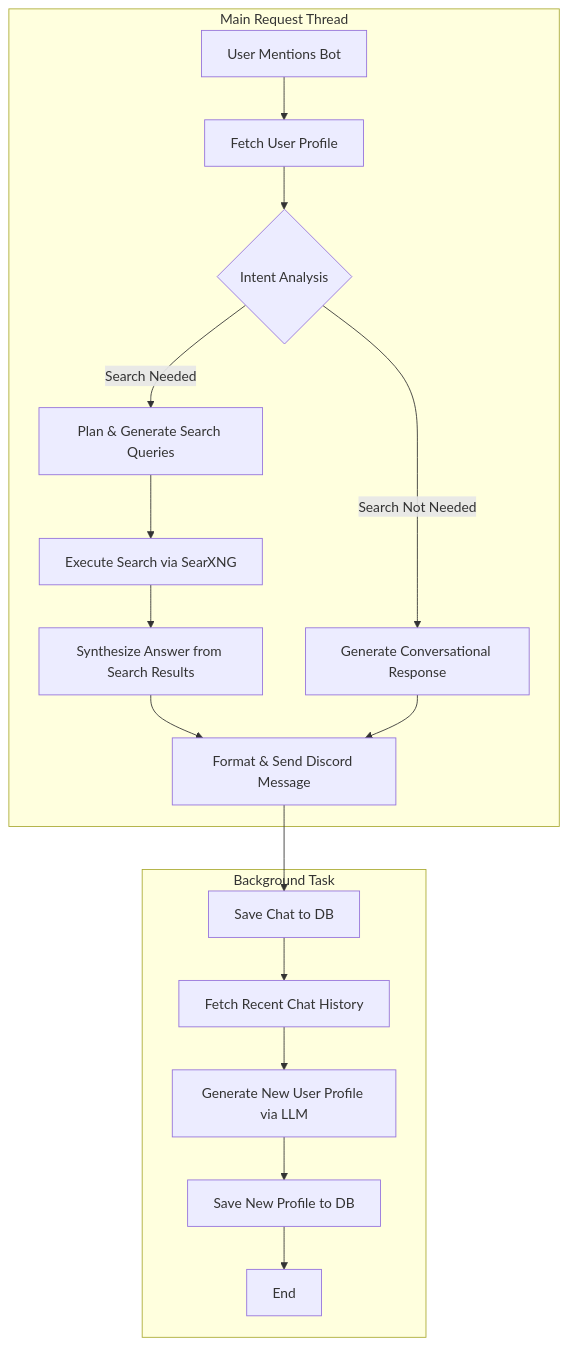
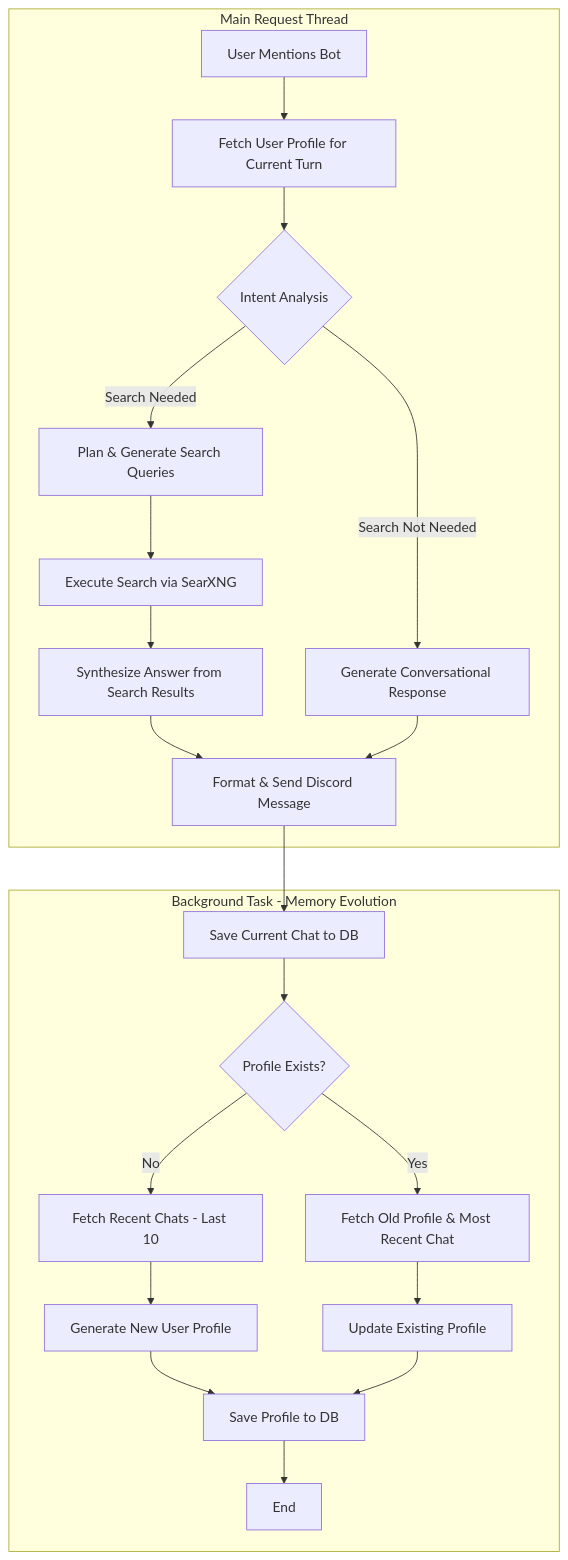
The diagram in README.md (jonahgcarpenter/joney-bot), drawn with Mermaid before and after one commit. The commit also changed other lines of this file, not shown here.

````diff
--- a/README.md
+++ b/README.md
@@ -14,22 +14,26 @@
 ```mermaid
 graph TD
     subgraph Main Request Thread
-        A[User Mentions Bot] --> B[Fetch User Profile];
+        A[User Mentions Bot] --> B[Fetch User Profile for Current Turn];
         B --> C{Intent Analysis};
         C --> |Search Not Needed| D[Generate Conversational Response];
         C --> |Search Needed| E[Plan & Generate Search Queries];
         E --> F[Execute Search via SearXNG];
         F --> G[Synthesize Answer from Search Results];
         G --> H[Format & Send Discord Message];
         D --> H;
     end
 
-    subgraph Background Task
-        I[Save Chat to DB] --> J[Fetch Recent Chat History];
-        J --> K[Generate New User Profile via LLM];
-        K --> L[Save New Profile to DB];
-        L --> M[End];
+    subgraph Background Task - Memory Evolution
+        I[Save Current Chat to DB] --> J{Profile Exists?};
+        J --> |No| K[Fetch Recent Chats - Last 10];
+        K --> L[Generate New User Profile];
+        J --> |Yes| M[Fetch Old Profile & Most Recent Chat];
+        M --> N[Update Existing Profile];
+        L --> O[Save Profile to DB];
+        N --> O;
+        O --> P[End];
     end
 
     H --> I;
 ```
````
